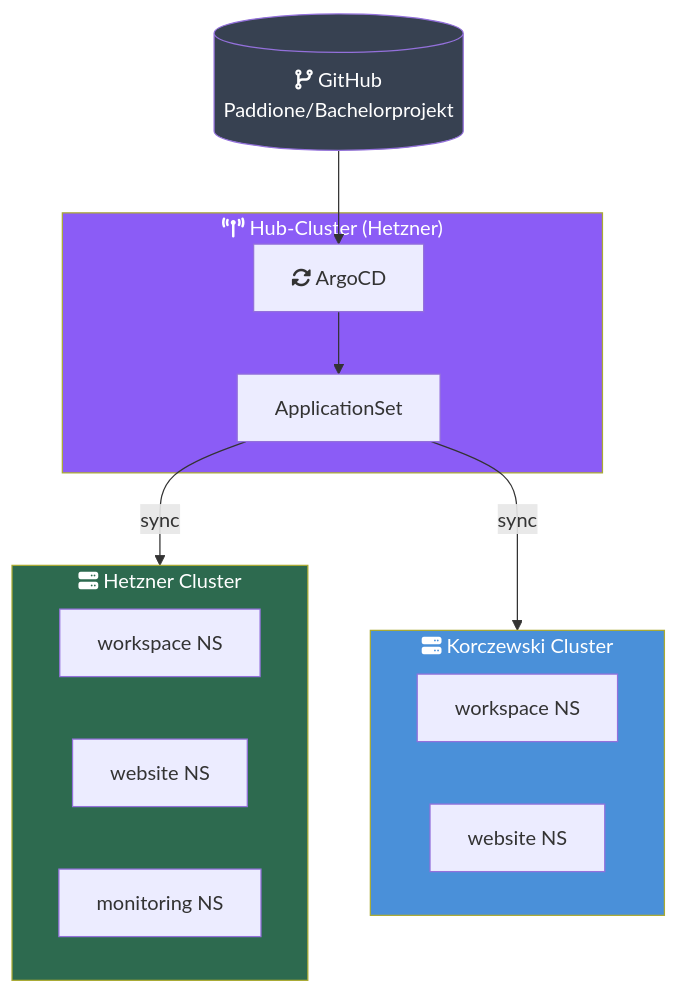
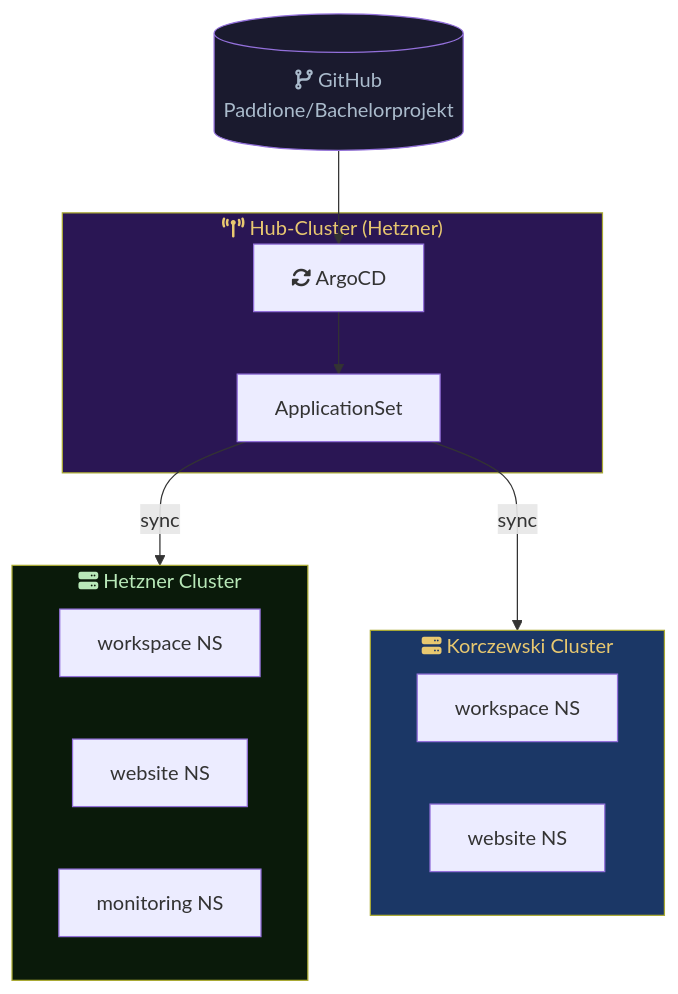
The tenth of 10 diagrams in k3d/docs-content/architecture.md (Paddione/Bachelorprojekt), drawn with Mermaid before and after one commit. The commit also changed other lines of this file and 6 other files, not shown here.

First line of the commit message:
docs: retheme all Mermaid diagrams to mentolder dark+gold palette

````diff
--- a/k3d/docs-content/architecture.md
+++ b/k3d/docs-content/architecture.md
@@ -684,29 +684,29 @@
 ```mermaid
 flowchart TB
     subgraph hub ["fa:fa-tower-broadcast Hub-Cluster (Hetzner)"]
         ARGO["fa:fa-rotate ArgoCD"]
         APPSET["ApplicationSet"]
         ARGO --> APPSET
     end
 
     GIT[("fa:fa-code-branch GitHub\nPaddione/Bachelorprojekt")] --> ARGO
 
     subgraph hetzner ["fa:fa-server Hetzner Cluster"]
         H_WS["workspace NS"]
         H_WEB["website NS"]
         H_MON["monitoring NS"]
     end
 
     subgraph korczewski ["fa:fa-server Korczewski Cluster"]
         K_WS["workspace NS"]
         K_WEB["website NS"]
     end
 
     APPSET -->|"sync"| hetzner
     APPSET -->|"sync"| korczewski
 
-    style hub fill:#8b5cf6,color:#fff
-    style hetzner fill:#2d6a4f,color:#fff
-    style korczewski fill:#4a90d9,color:#fff
-    style GIT fill:#374151,color:#fff
+    style hub fill:#2a1654,color:#e8c870
+    style hetzner fill:#0a1a0a,color:#b8e8b8
+    style korczewski fill:#1b3766,color:#e8c870
+    style GIT fill:#1a1a2e,color:#aabbcc
 ```
````
